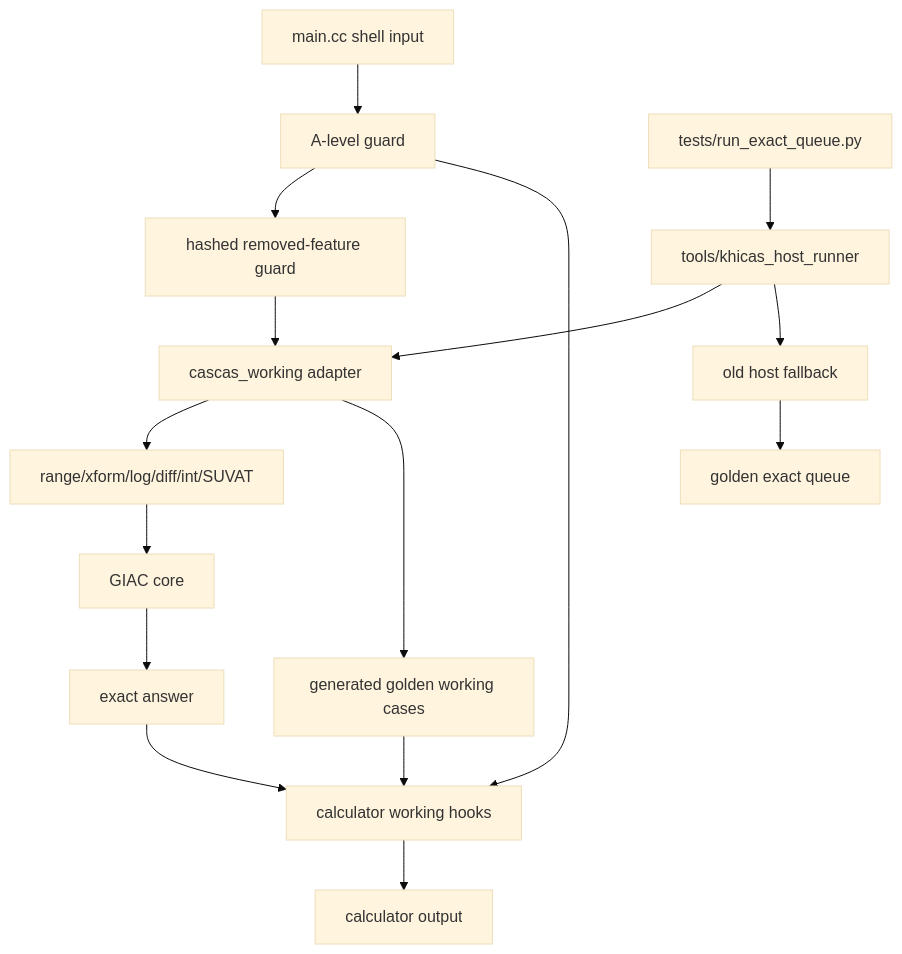
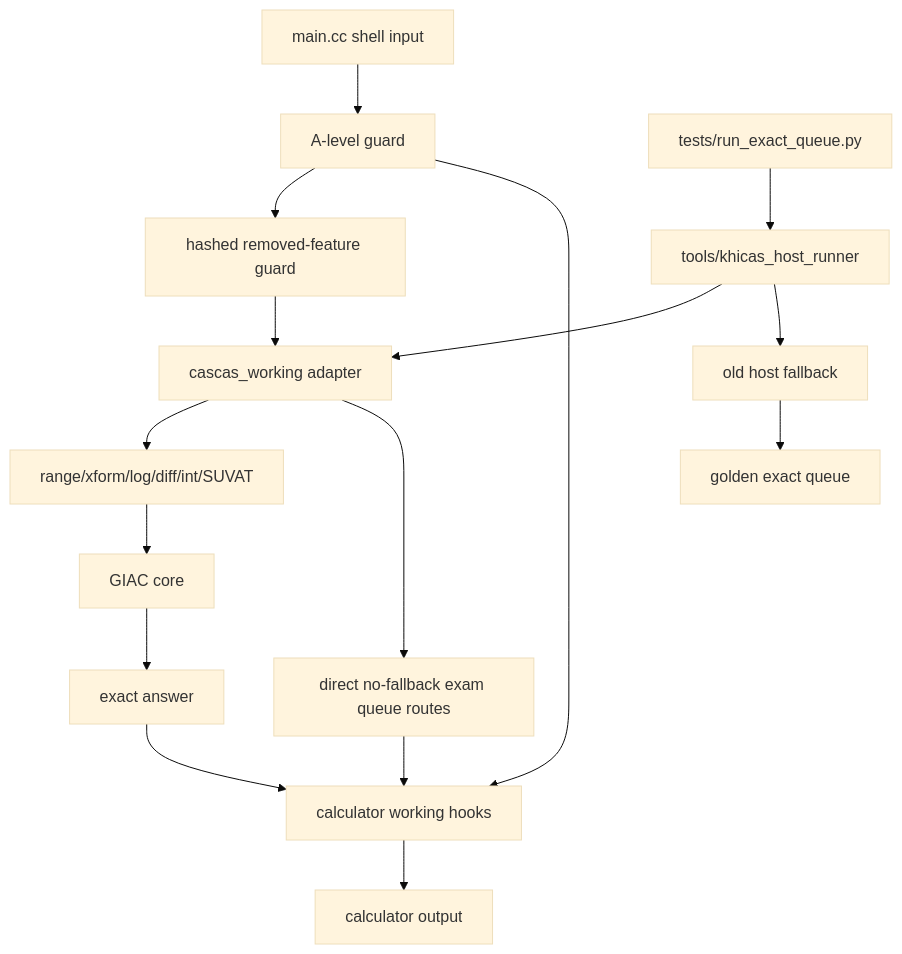
One commit to james8464/notes-addin-casio-fx-cg50 changed the second of 7 diagrams in docs/GRAPH.md. Above: the diagram before and after it, drawn with Mermaid (base theme). The commit also changed other lines of this file and 5 other files, not shown here.

Commit message:
build: disable generated golden fallback

````diff
--- a/docs/GRAPH.md
+++ b/docs/GRAPH.md
@@ -25,18 +25,18 @@
 ```mermaid
 graph TD
   Input["main.cc shell input"] --> Guard["A-level guard"]
   Guard --> Hash["hashed removed-feature guard"]
   Hash --> Shared["cascas_working adapter"]
   Shared --> Rewrite["range/xform/log/diff/int/SUVAT"]
-  Shared --> GoldenSource["generated golden working cases"]
+  Shared --> DirectQueue["direct no-fallback exam queue routes"]
   Rewrite --> Giac["GIAC core"]
-  GoldenSource --> CalcWork
+  DirectQueue --> CalcWork
   Giac --> Answer["exact answer"]
   Guard --> CalcWork["calculator working hooks"]
   HostIn["tests/run_exact_queue.py"] --> HostWrap["tools/khicas_host_runner"]
   HostWrap --> Shared
   HostWrap --> HostWork["old host fallback"]
   Answer --> CalcWork
   CalcWork --> Console["calculator output"]
   HostWork --> Exact["golden exact queue"]
 ```
````
